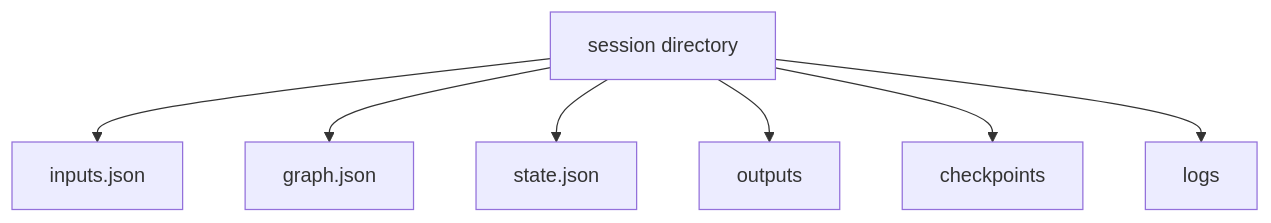
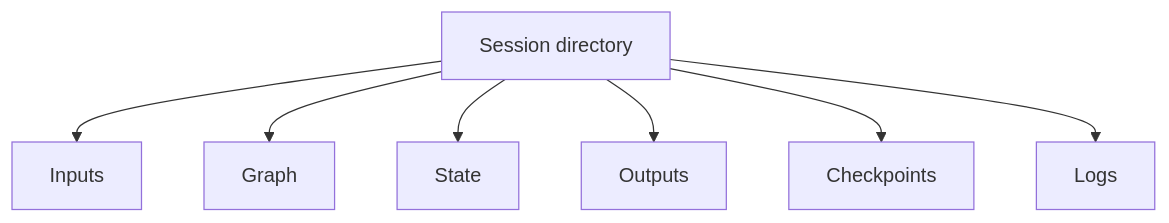
One commit to Strategic-Automation/arachne changed the seventh of 9 diagrams in docs/explanation/architecture.md. Above: the diagram before and after it, drawn with Mermaid. The commit also changed other lines of this file and 2 other files, not shown here.

Commit message:
docs: simplify Mermaid diagrams for GitHub rendering

````diff
--- a/docs/explanation/architecture.md
+++ b/docs/explanation/architecture.md
@@ -243,9 +175,16 @@
 ```mermaid
-flowchart TD
-    Session[session directory] --> Inputs[inputs.json]
-    Session --> Graph[graph.json]
-    Session --> State[state.json]
-    Session --> Outputs[outputs]
-    Session --> Checkpoints[checkpoints]
-    Session --> Logs[logs]
+graph TD
+    A[Session directory]
+    B[Inputs]
+    C[Graph]
+    D[State]
+    E[Outputs]
+    F[Checkpoints]
+    G[Logs]
+    A --> B
+    A --> C
+    A --> D
+    A --> E
+    A --> F
+    A --> G
 ```
````
